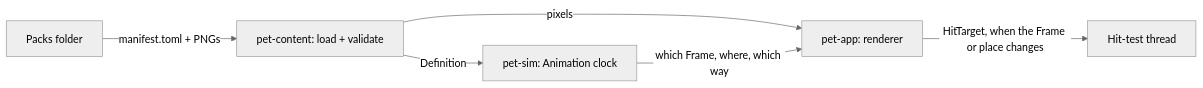
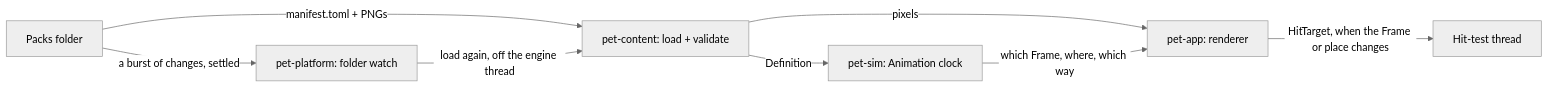
One commit to IFlynnI/Desktopet changed the second of 2 diagrams in docs/proposals/item-3-architecture.md. Above: the diagram before and after it, drawn with Mermaid (neutral theme). The commit also changed other lines of this file and 22 other files, not shown here.

````diff
--- a/docs/proposals/item-3-architecture.md
+++ b/docs/proposals/item-3-architecture.md
@@ -49,8 +49,10 @@
 ```mermaid
 flowchart LR
     folder["Packs folder"] -- "manifest.toml + PNGs" --> loader["pet-content: load + validate"]
     loader -- "Definition" --> sim["pet-sim: Animation clock"]
     loader -- "pixels" --> renderer["pet-app: renderer"]
     sim -- "which Frame, where, which way" --> renderer
     renderer -- "HitTarget, when the Frame or place changes" --> hit["Hit-test thread"]
+    folder -- "a burst of changes, settled" --> watch["pet-platform: folder watch"]
+    watch -- "load again, off the engine thread" --> loader
 ```
````
